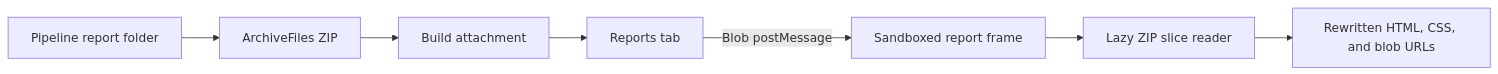
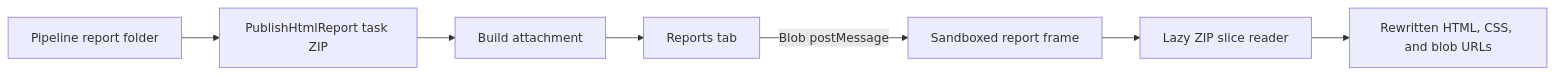
Before and after one commit to axlsoft/ado-report-viewer: the diagram in CONTRIBUTING.md, drawn with Mermaid. The commit also changed other lines of this file and 16 other files, not shown here.

First line of the commit message:
feat: add PublishHtmlReport pipeline task to attach reports

````diff
--- a/CONTRIBUTING.md
+++ b/CONTRIBUTING.md
@@ -30,9 +31,9 @@
 ```mermaid
 flowchart LR
-  A[Pipeline report folder] --> B[ArchiveFiles ZIP]
+  A[Pipeline report folder] --> B[PublishHtmlReport task ZIP]
   B --> C[Build attachment]
   C --> D[Reports tab]
   D -->|Blob postMessage| E[Sandboxed report frame]
   E --> F[Lazy ZIP slice reader]
   F --> G[Rewritten HTML, CSS, and blob URLs]
 ```
````
